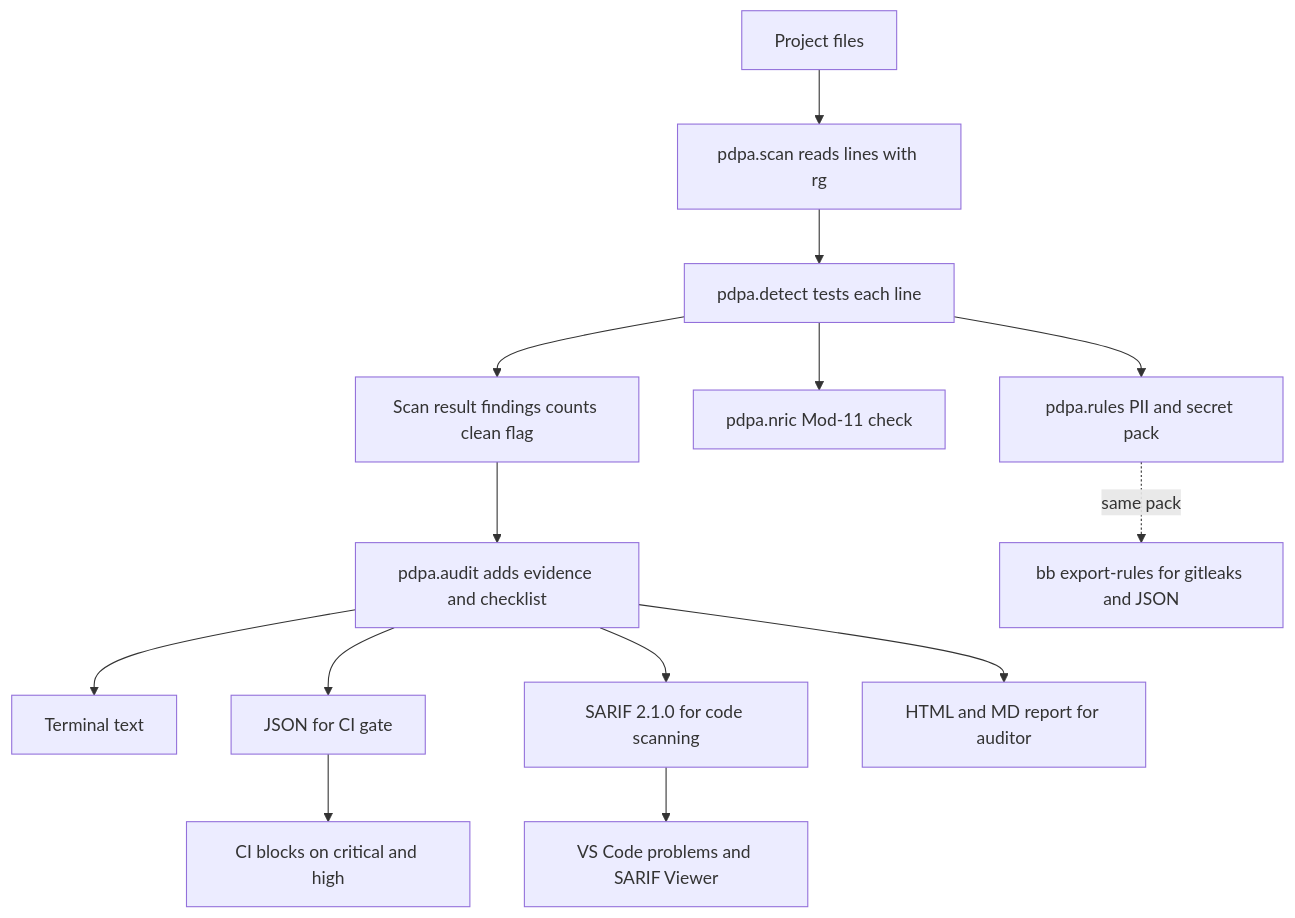
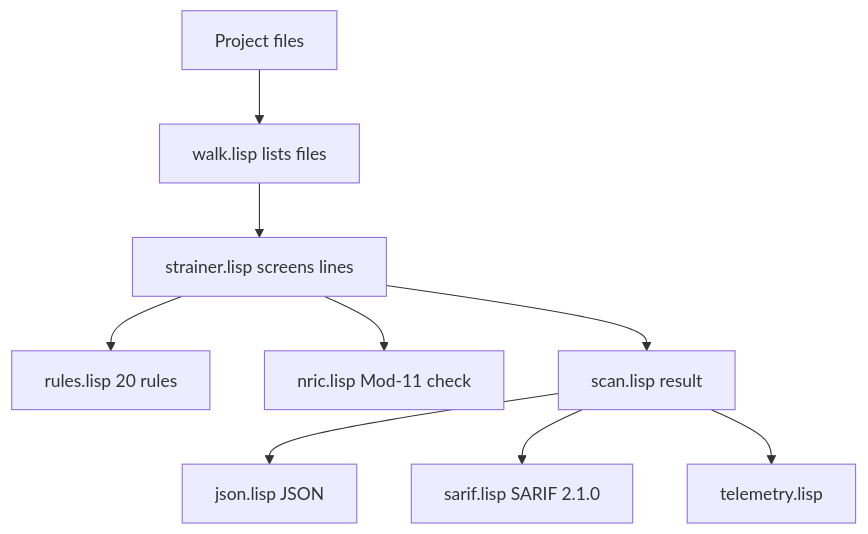
One commit to nurazhardotcom/pdpa-sg changed the diagram in README.md. Above: the diagram before and after it, drawn with Mermaid. The commit also changed other lines of this file and 45 other files, not shown here.

````diff
--- a/README.md
+++ b/README.md
@@ -283,16 +274,11 @@
 ```mermaid
 flowchart TD
-    SRC[Project files] --> SCAN[pdpa.scan reads lines with rg]
-    SCAN --> DETECT[pdpa.detect tests each line]
-    DETECT --> RULES[pdpa.rules PII and secret pack]
-    DETECT --> NRIC[pdpa.nric Mod-11 check]
-    DETECT --> RESULT[Scan result findings counts clean flag]
-    RESULT --> AUDIT[pdpa.audit adds evidence and checklist]
-    AUDIT --> OUT_TEXT[Terminal text]
-    AUDIT --> OUT_JSON[JSON for CI gate]
-    AUDIT --> OUT_SARIF[SARIF 2.1.0 for code scanning]
-    AUDIT --> OUT_REP[HTML and MD report for auditor]
-    OUT_JSON --> CI[CI blocks on critical and high]
-    OUT_SARIF --> IDE[VS Code problems and SARIF Viewer]
-    RULES -. same pack .-> EXPORT[bb export-rules for gitleaks and JSON]
+    SRC[Project files] --> WALK[walk.lisp lists files]
+    WALK --> STRAINER[strainer.lisp screens lines]
+    STRAINER --> RULES[rules.lisp 20 rules]
+    STRAINER --> NRIC[nric.lisp Mod-11 check]
+    STRAINER --> RESULT[scan.lisp result]
+    RESULT --> JSON[json.lisp JSON]
+    RESULT --> SARIF[sarif.lisp SARIF 2.1.0]
+    RESULT --> TELEMETRY[telemetry.lisp]
 ```
````
